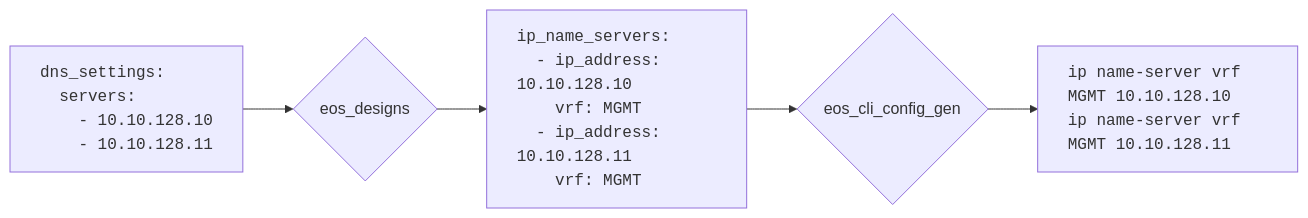
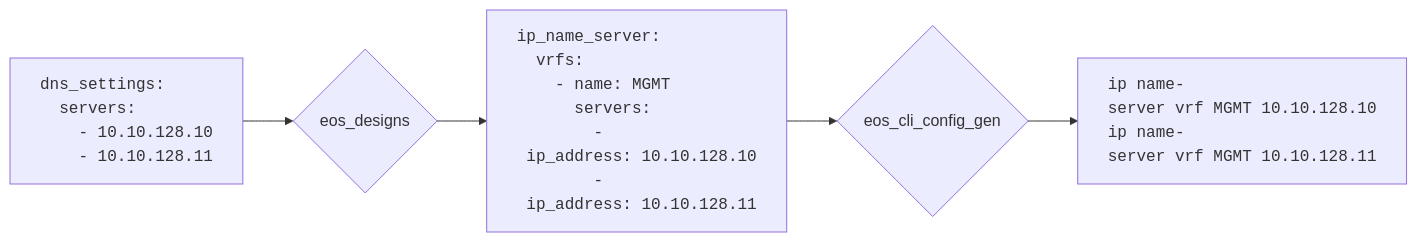
Before and after one commit to aristanetworks/avd: the fourth of 8 diagrams in docs/getting-started/ansible-usage-patterns.md, drawn with Mermaid. The commit also changed other lines of this file, not shown here.

````diff
--- a/docs/getting-started/ansible-usage-patterns.md
+++ b/docs/getting-started/ansible-usage-patterns.md
@@ -104,11 +105,11 @@
 ```mermaid
 graph LR
-    A["dns_settings:<br/>&nbsp;&nbsp;servers:<br/>&nbsp;&nbsp;&nbsp;&nbsp;- 10.10.128.10<br/>&nbsp;&nbsp;&nbsp;&nbsp;- 10.10.128.11"] --> B{eos_designs}
-    B --> C["ip_name_servers:<br/>&nbsp;&nbsp;- ip_address: 10.10.128.10<br/>&nbsp;&nbsp;&nbsp;&nbsp;vrf: MGMT<br/>&nbsp;&nbsp;- ip_address: 10.10.128.11<br/>&nbsp;&nbsp;&nbsp;&nbsp;vrf: MGMT"]
+    A["dns_settings:<br/>&nbsp;&nbsp;servers:<br/>&nbsp;&nbsp;&nbsp;&nbsp;-&nbsp;10.10.128.10<br/>&nbsp;&nbsp;&nbsp;&nbsp;-&nbsp;10.10.128.11"] --> B{eos_designs}
+    B --> C["ip_name_server:<br/>&nbsp;&nbsp;vrfs:<br/>&nbsp;&nbsp;&nbsp;&nbsp;-&nbsp;name:&nbsp;MGMT<br/>&nbsp;&nbsp;&nbsp;&nbsp;&nbsp;&nbsp;servers:<br/>&nbsp;&nbsp;&nbsp;&nbsp;&nbsp;&nbsp;&nbsp;&nbsp;-&nbsp;ip_address:&nbsp;10.10.128.10<br/>&nbsp;&nbsp;&nbsp;&nbsp;&nbsp;&nbsp;&nbsp;&nbsp;-&nbsp;ip_address:&nbsp;10.10.128.11"]
     C --> D{eos_cli_config_gen}
-    D --> E["ip name-server vrf MGMT 10.10.128.10<br/>ip name-server vrf MGMT 10.10.128.11"]
+    D --> E["ip&nbsp;name-server&nbsp;vrf&nbsp;MGMT&nbsp;10.10.128.10<br/>ip&nbsp;name-server&nbsp;vrf&nbsp;MGMT&nbsp;10.10.128.11"]
 
-    style A text-align:left, font-family:monospace
-    style C text-align:left, font-family:monospace
-    style E text-align:left, font-family:monospace
+    style A text-align:left,font-family:monospace
+    style C text-align:left,font-family:monospace
+    style E text-align:left,font-family:monospace
 ```
````
